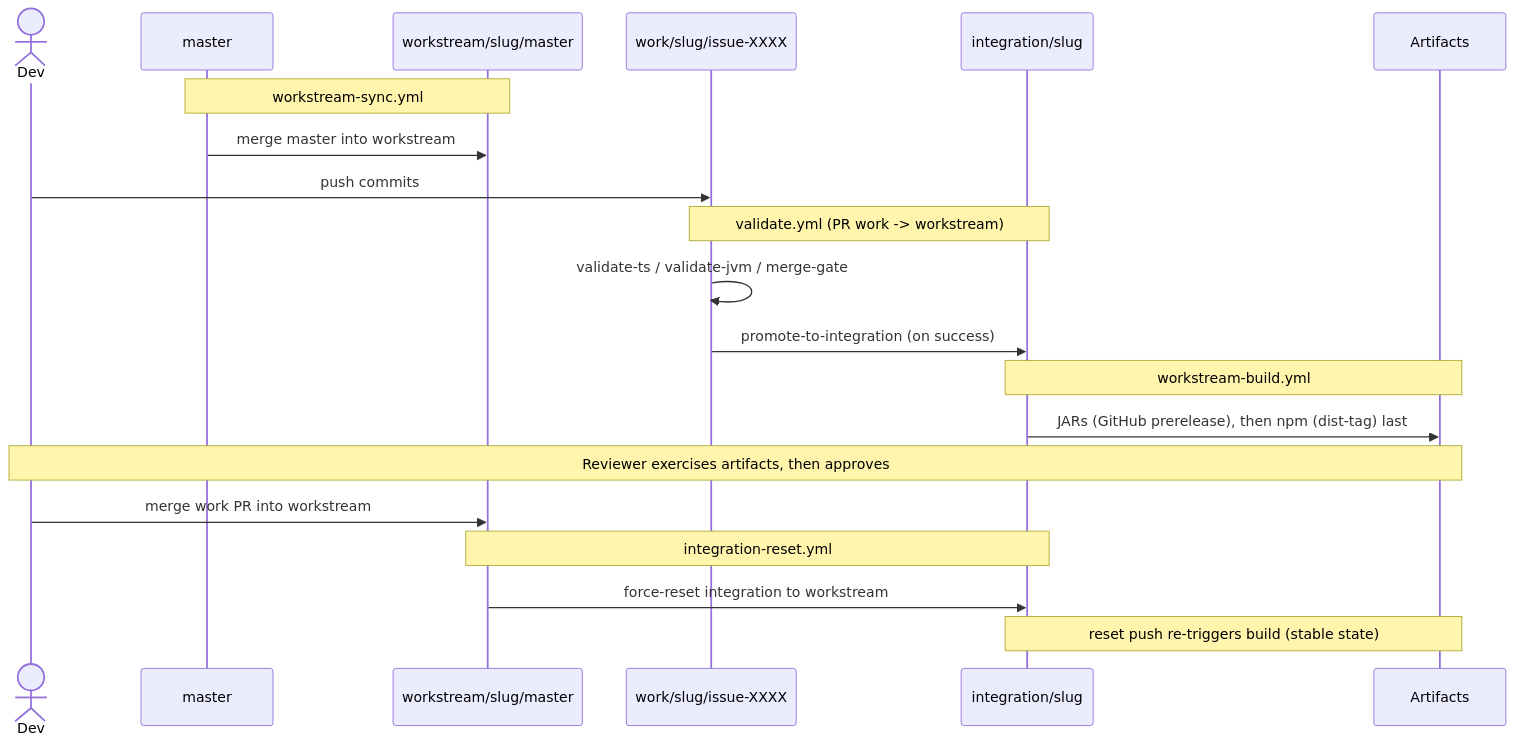
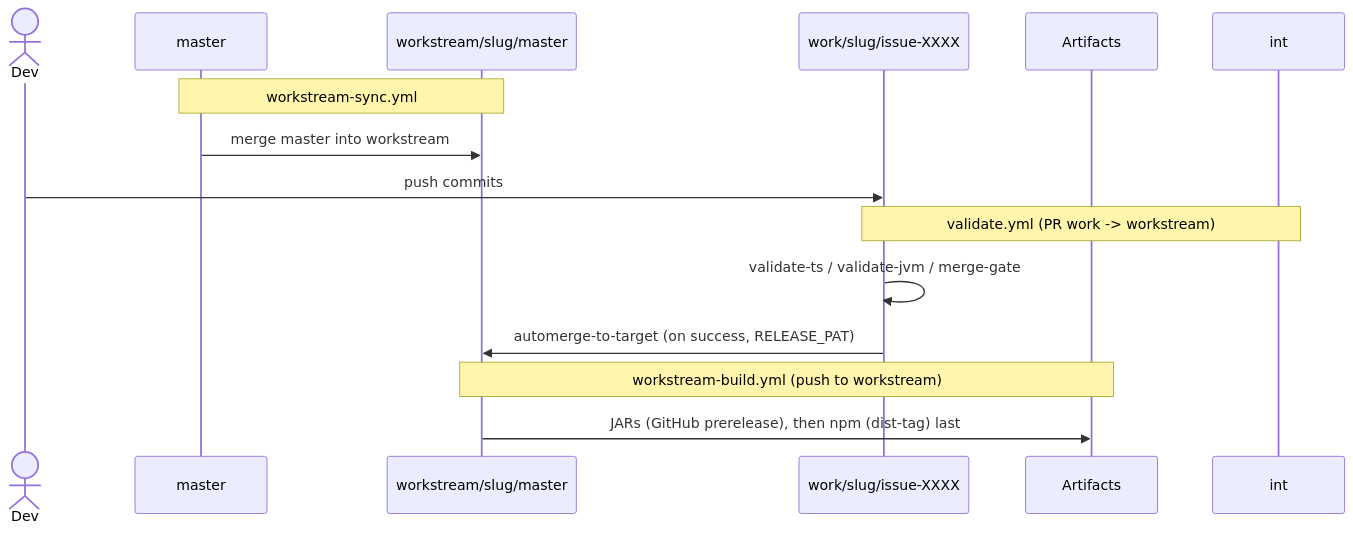
Before and after one commit to whoz-oss/coday: the diagram in docs/WORKSTREAM_WORKFLOW.md, drawn with Mermaid. The commit also changed other lines of this file and 4 other files, not shown here.

Commit message:
feat: remove integration branch, use workstream only

````diff
--- a/docs/WORKSTREAM_WORKFLOW.md
+++ b/docs/WORKSTREAM_WORKFLOW.md
@@ -86,28 +74,20 @@
 ```mermaid
 sequenceDiagram
     actor Dev
     participant master
     participant ws as workstream/slug/master
     participant work as work/slug/issue-XXXX
-    participant int as integration/slug
     participant art as Artifacts
 
     Note over master,ws: workstream-sync.yml
     master->>ws: merge master into workstream
 
     Dev->>work: push commits
 
     Note over work,int: validate.yml (PR work -> workstream)
     work->>work: validate-ts / validate-jvm / merge-gate
-    work->>int: promote-to-integration (on success)
+    work->>ws: automerge-to-target (on success, RELEASE_PAT)
 
-    Note over int,art: workstream-build.yml
-    int->>art: JARs (GitHub prerelease), then npm (dist-tag) last
-
-    Note over Dev,art: Reviewer exercises artifacts, then approves
-    Dev->>ws: merge work PR into workstream
-
-    Note over ws,int: integration-reset.yml
-    ws->>int: force-reset integration to workstream
-    Note over int,art: reset push re-triggers build (stable state)
+    Note over ws,art: workstream-build.yml (push to workstream)
+    ws->>art: JARs (GitHub prerelease), then npm (dist-tag) last
 ```
````
